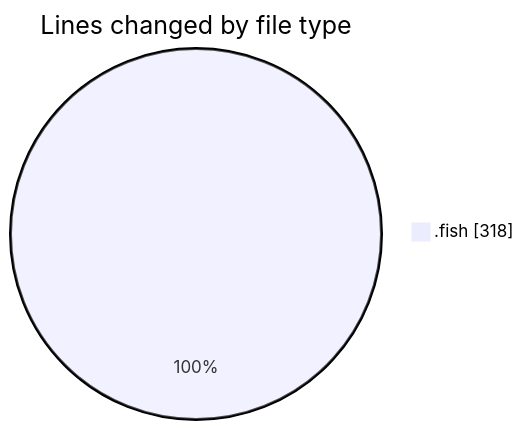
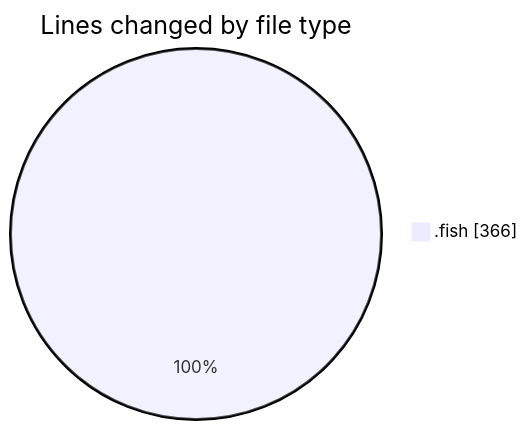
The first of 2 diagrams in 2025-08-03/fish/README.md (EIIisD/code-tracking), drawn with Mermaid before and after one commit. The commit also changed other lines of this file and 1 other file, not shown here.

````diff
--- a/2025-08-03/fish/README.md
+++ b/2025-08-03/fish/README.md
@@ -22,5 +22,5 @@
 ```mermaid
 pie showData
 title Lines changed by file type
-".fish" : 318
+".fish" : 366
 ```
````
